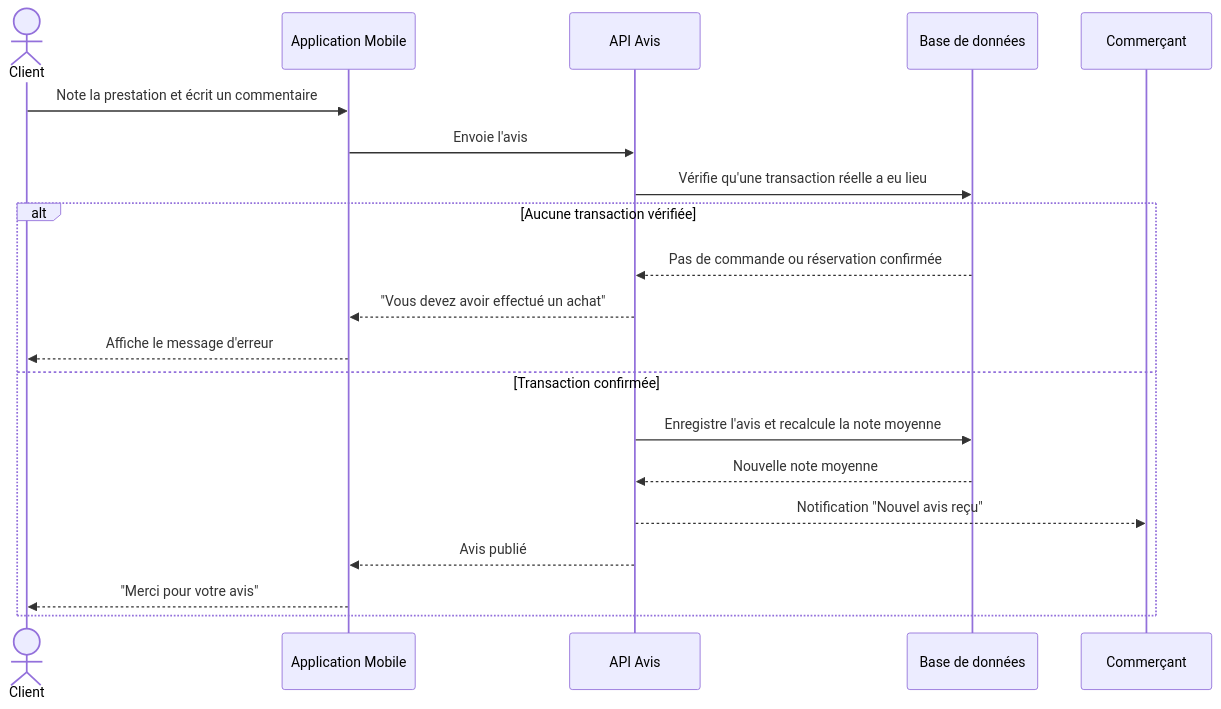
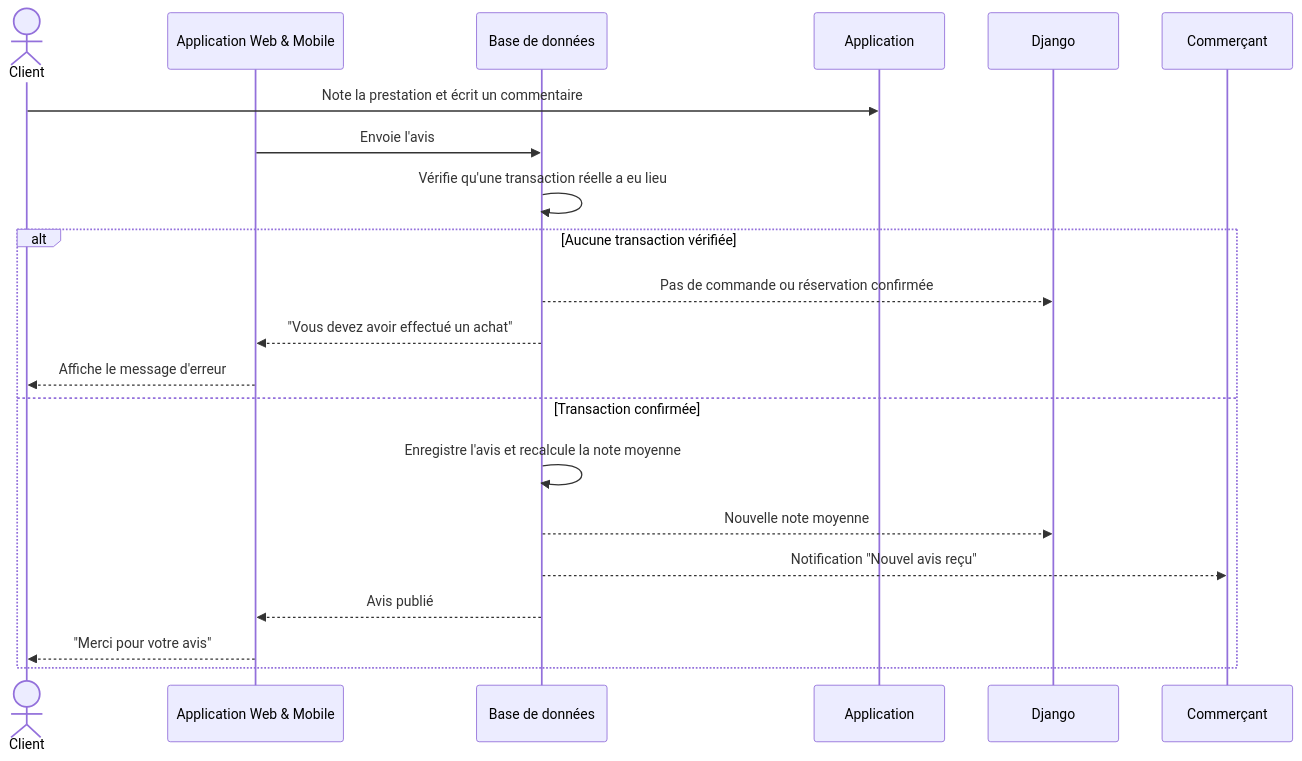
Diagram 20 of 22 in CHAPITRE3_CONCEPTION.md (Abderrahmen1111/private-PFE-repos), drawn with Mermaid before and after one commit. The commit also changed other lines of this file and 2 other files, not shown here.

Commit message:
docs: adapt sequence diagrams to Web/Mobile apps and Django SaaS Admin

````diff
--- a/CHAPITRE3_CONCEPTION.md
+++ b/CHAPITRE3_CONCEPTION.md
@@ -973,22 +975,22 @@
 ```mermaid
 sequenceDiagram
     actor Client
-    participant Application as Application Mobile
-    participant Serveur as API Avis
+    participant App as Application Web & Mobile
+    participant BD as Base de données (Supabase)
     participant BD as Base de données
 
     Client->>Application: Note la prestation et écrit un commentaire
-    Application->>Serveur: Envoie l'avis
-    Serveur->>BD: Vérifie qu'une transaction réelle a eu lieu
+    App->>BD: Envoie l'avis
+    BD->>BD: Vérifie qu'une transaction réelle a eu lieu
     alt Aucune transaction vérifiée
-        BD-->>Serveur: Pas de commande ou réservation confirmée
-        Serveur-->>Application: "Vous devez avoir effectué un achat"
-        Application-->>Client: Affiche le message d'erreur
+        BD-->>Django: Pas de commande ou réservation confirmée
+        BD-->>App: "Vous devez avoir effectué un achat"
+        App-->>Client: Affiche le message d'erreur
     else Transaction confirmée
-        Serveur->>BD: Enregistre l'avis et recalcule la note moyenne
-        BD-->>Serveur: Nouvelle note moyenne
-        Serveur-->>Commerçant: Notification "Nouvel avis reçu"
-        Serveur-->>Application: Avis publié
-        Application-->>Client: "Merci pour votre avis"
+        BD->>BD: Enregistre l'avis et recalcule la note moyenne
+        BD-->>Django: Nouvelle note moyenne
+        BD-->>Commerçant: Notification "Nouvel avis reçu"
+        BD-->>App: Avis publié
+        App-->>Client: "Merci pour votre avis"
     end
 ```
````
